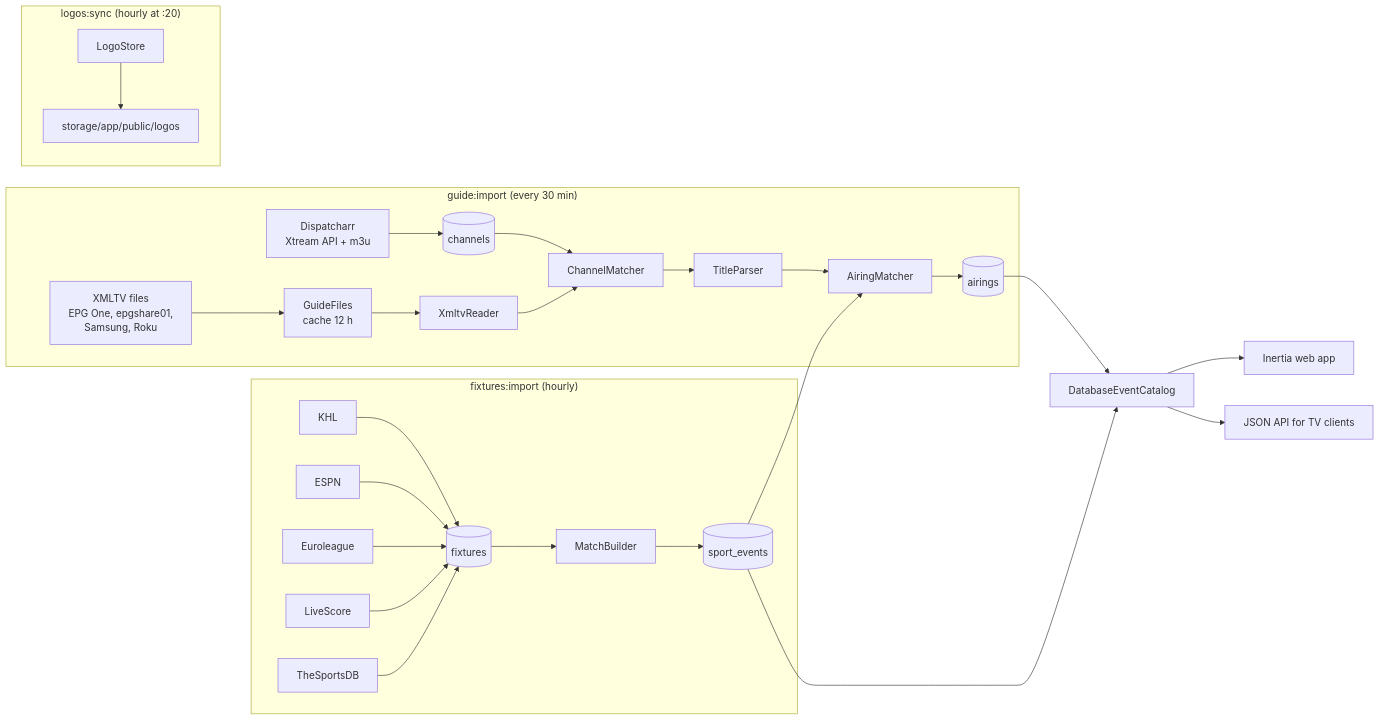
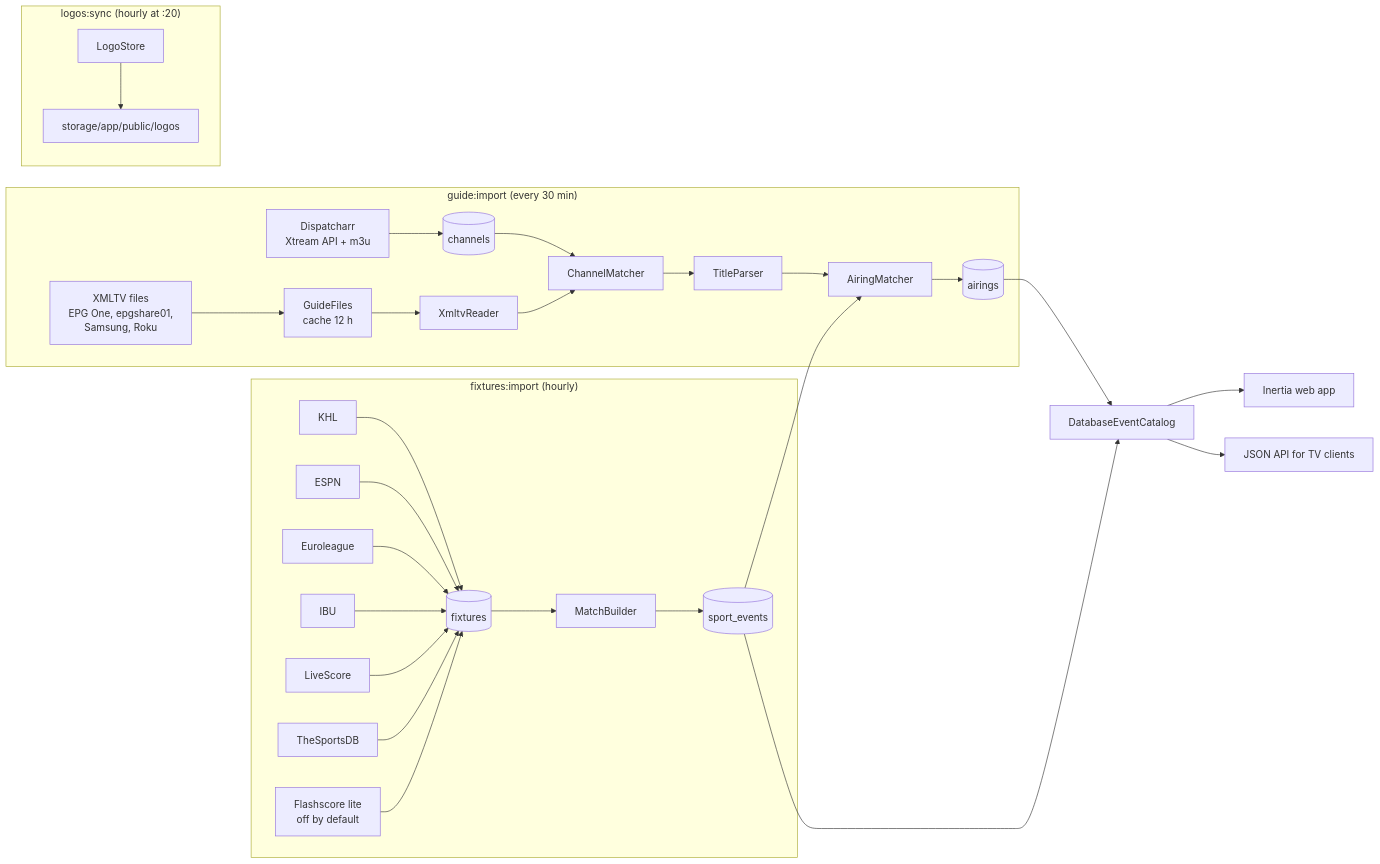
Before and after one commit to kamabyte/sports-app: the first of 2 diagrams in docs/architecture.md, drawn with Mermaid. The commit also changed other lines of this file and 56 other files, not shown here.

````diff
--- a/docs/architecture.md
+++ b/docs/architecture.md
@@ -15,26 +15,26 @@
 ```mermaid
 flowchart LR
     subgraph Schedule["fixtures:import (hourly)"]
-        KHL & ESPN & EL[Euroleague] & LS[LiveScore] & TSDB[TheSportsDB] --> FX[(fixtures)]
+        KHL & ESPN & EL[Euroleague] & IBU & LS[LiveScore] & TSDB[TheSportsDB] & FS[Flashscore lite<br/>off by default] --> FX[(fixtures)]
         FX --> MB[MatchBuilder] --> SE[(sport_events)]
     end
 
     subgraph Guide["guide:import (every 30 min)"]
         D[Dispatcharr<br/>Xtream API + m3u] --> CH[(channels)]
         X[XMLTV files<br/>EPG One, epgshare01,<br/>Samsung, Roku] --> GF[GuideFiles<br/>cache 12 h]
         GF --> XR[XmltvReader]
         CH & XR --> CM[ChannelMatcher]
         CM --> TP[TitleParser]
         TP --> AM[AiringMatcher]
         SE --> AM
         AM --> AI[(airings)]
     end
 
     subgraph Logos["logos:sync (hourly at :20)"]
         LG[LogoStore] --> ST[storage/app/public/logos]
     end
 
     SE & AI --> CAT[DatabaseEventCatalog]
     CAT --> WEB[Inertia web app]
     CAT --> API[JSON API for TV clients]
 ```
````
